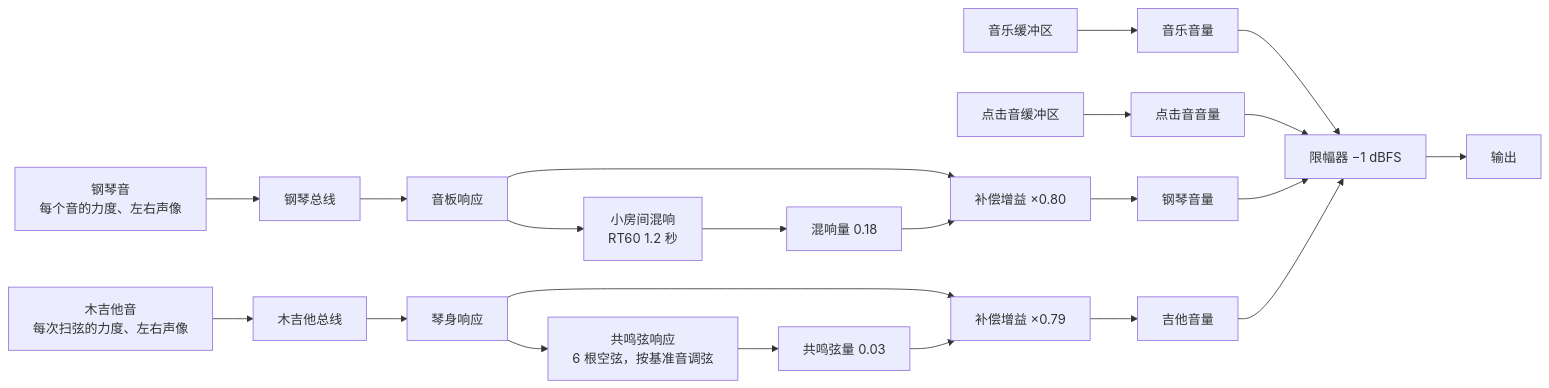
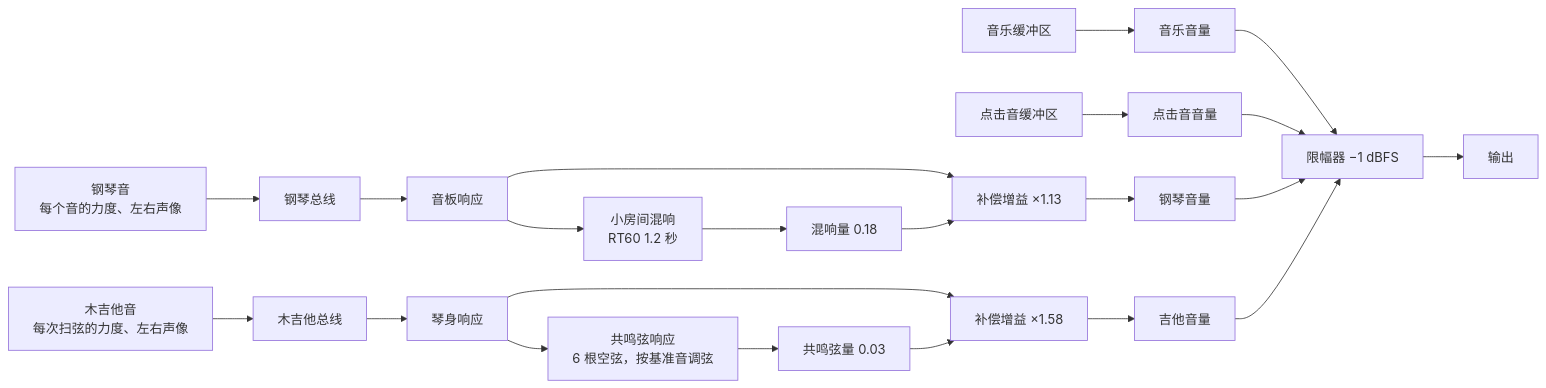
The third of 3 diagrams in README.zh.md (Velvitty/Chordity), drawn with Mermaid before and after one commit. The commit also changed other lines of this file and 9 other files, not shown here.

````diff
--- a/README.zh.md
+++ b/README.zh.md
@@ -1419,18 +1419,18 @@
 ```mermaid
 flowchart LR
   M["音乐缓冲区"] --> GM["音乐音量"]
   C["点击音缓冲区"] --> GC["点击音音量"]
   P["钢琴音<br/>每个音的力度、左右声像"] --> PB["钢琴总线"] --> SB["音板响应"]
-  SB --> MP["补偿增益 ×0.80"]
+  SB --> MP["补偿增益 ×1.13"]
   SB --> RP["小房间混响<br/>RT60 1.2 秒"] --> WP["混响量 0.18"] --> MP
   G["木吉他音<br/>每次扫弦的力度、左右声像"] --> GB["木吉他总线"] --> BD["琴身响应"]
-  BD --> MG["补偿增益 ×0.79"]
+  BD --> MG["补偿增益 ×1.58"]
   BD --> RG["共鸣弦响应<br/>6 根空弦，按基准音调弦"] --> WG["共鸣弦量 0.03"] --> MG
   MP --> GP["钢琴音量"]
   MG --> GG["吉他音量"]
   GM --> L["限幅器 −1 dBFS"]
   GC --> L
   GP --> L
   GG --> L
   L --> O["输出"]
 ```
````
